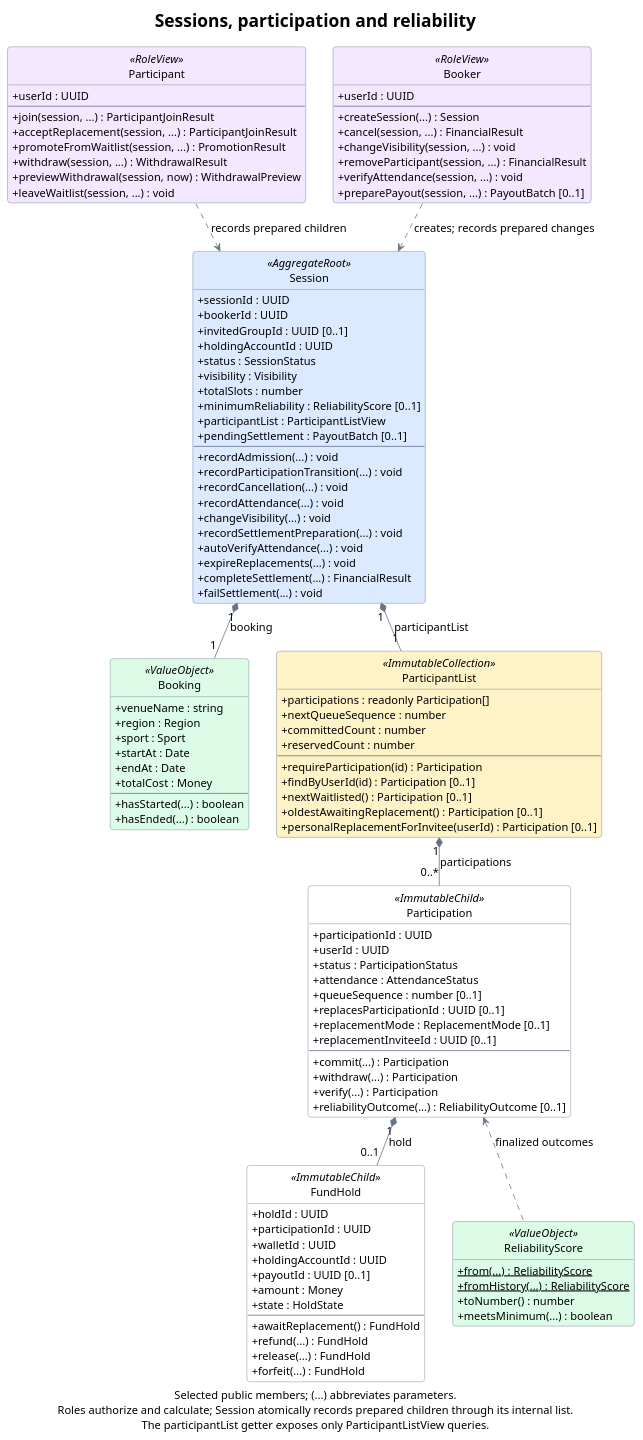
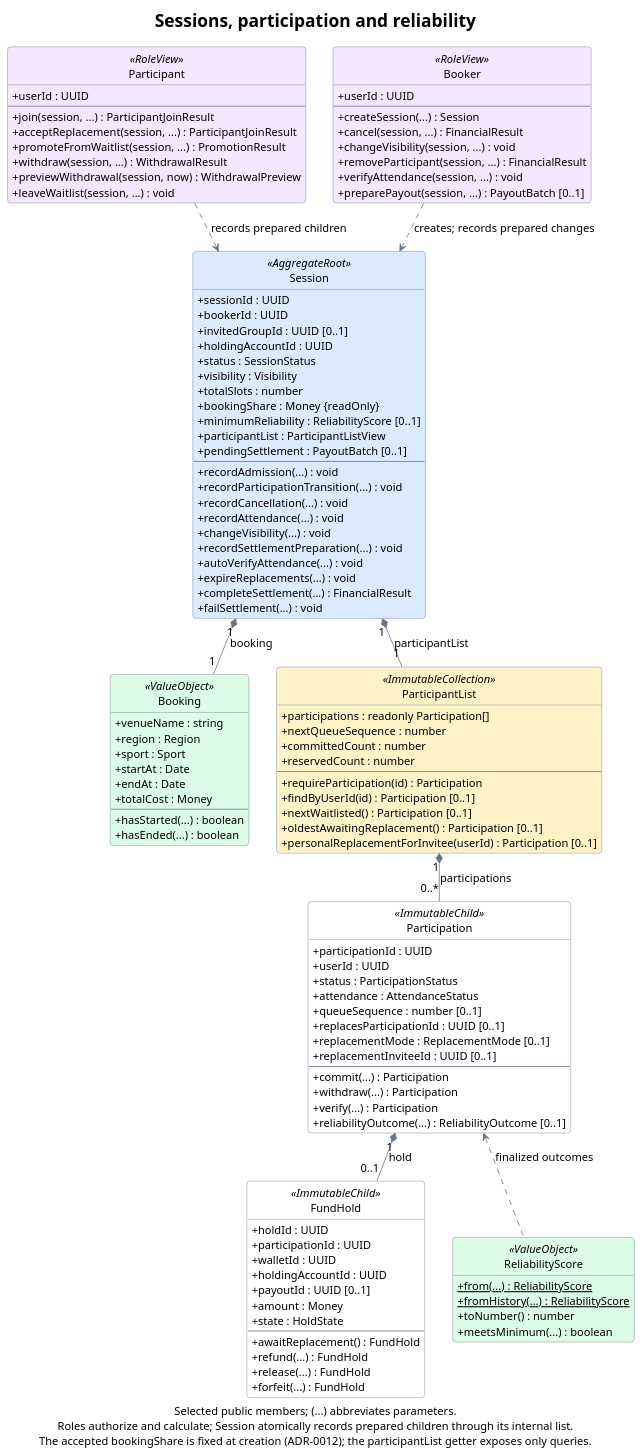
The diagram in docs/diagrams/domain-sessions.puml (rbrishi15/booking-web-manager), drawn with PlantUML before and after one commit. The commit also changed 67 other files, not shown here.

```diff
--- a/docs/diagrams/domain-sessions.puml
+++ b/docs/diagrams/domain-sessions.puml
@@ -1,145 +1,146 @@
 @startuml domain-sessions
 title Sessions, participation and reliability
 
 top to bottom direction
 hide empty members
 hide circle
 skinparam backgroundColor #FFFFFF
 skinparam shadowing false
 skinparam roundcorner 8
 skinparam defaultFontName SansSerif
 skinparam defaultFontSize 14
 skinparam titleFontSize 22
 skinparam ArrowColor #64748B
 skinparam classBorderColor #64748B
 skinparam classBackgroundColor #FFFFFF
 skinparam classBackgroundColor<<AggregateRoot>> #DBEAFE
 skinparam classBackgroundColor<<ValueObject>> #DCFCE7
 skinparam classBackgroundColor<<RoleView>> #F3E8FF
 skinparam classBackgroundColor<<ImmutableCollection>> #FEF3C7
 skinparam classAttributeIconSize 0
 skinparam linetype polyline
 skinparam nodesep 35
 skinparam ranksep 40
 
 class Session <<AggregateRoot>> {
   +sessionId : UUID
   +bookerId : UUID
   +invitedGroupId : UUID [0..1]
   +holdingAccountId : UUID
   +status : SessionStatus
   +visibility : Visibility
   +totalSlots : number
+  +bookingShare : Money {readOnly}
   +minimumReliability : ReliabilityScore [0..1]
   +participantList : ParticipantListView
   +pendingSettlement : PayoutBatch [0..1]
   --
   +recordAdmission(...) : void
   +recordParticipationTransition(...) : void
   +recordCancellation(...) : void
   +recordAttendance(...) : void
   +changeVisibility(...) : void
   +recordSettlementPreparation(...) : void
   +autoVerifyAttendance(...) : void
   +expireReplacements(...) : void
   +completeSettlement(...) : FinancialResult
   +failSettlement(...) : void
 }
 
 class Participant <<RoleView>> {
   +userId : UUID
   --
   +join(session, ...) : ParticipantJoinResult
   +acceptReplacement(session, ...) : ParticipantJoinResult
   +promoteFromWaitlist(session, ...) : PromotionResult
   +withdraw(session, ...) : WithdrawalResult
   +previewWithdrawal(session, now) : WithdrawalPreview
   +leaveWaitlist(session, ...) : void
 }
 
 class Booker <<RoleView>> {
   +userId : UUID
   --
   +createSession(...) : Session
   +cancel(session, ...) : FinancialResult
   +changeVisibility(session, ...) : void
   +removeParticipant(session, ...) : FinancialResult
   +verifyAttendance(session, ...) : void
   +preparePayout(session, ...) : PayoutBatch [0..1]
 }
 
 class Booking <<ValueObject>> {
   +venueName : string
   +region : Region
   +sport : Sport
   +startAt : Date
   +endAt : Date
   +totalCost : Money
   --
   +hasStarted(...) : boolean
   +hasEnded(...) : boolean
 }
 
 class ParticipantList <<ImmutableCollection>> {
   +participations : readonly Participation[]
   +nextQueueSequence : number
   +committedCount : number
   +reservedCount : number
   --
   +requireParticipation(id) : Participation
   +findByUserId(id) : Participation [0..1]
   +nextWaitlisted() : Participation [0..1]
   +oldestAwaitingReplacement() : Participation [0..1]
   +personalReplacementForInvitee(userId) : Participation [0..1]
 }
 
 class Participation <<ImmutableChild>> {
   +participationId : UUID
   +userId : UUID
   +status : ParticipationStatus
   +attendance : AttendanceStatus
   +queueSequence : number [0..1]
   +replacesParticipationId : UUID [0..1]
   +replacementMode : ReplacementMode [0..1]
   +replacementInviteeId : UUID [0..1]
   --
   +commit(...) : Participation
   +withdraw(...) : Participation
   +verify(...) : Participation
   +reliabilityOutcome(...) : ReliabilityOutcome [0..1]
 }
 
 class FundHold <<ImmutableChild>> {
   +holdId : UUID
   +participationId : UUID
   +walletId : UUID
   +holdingAccountId : UUID
   +payoutId : UUID [0..1]
   +amount : Money
   +state : HoldState
   --
   +awaitReplacement() : FundHold
   +refund(...) : FundHold
   +release(...) : FundHold
   +forfeit(...) : FundHold
 }
 
 class ReliabilityScore <<ValueObject>> {
   {static} +from(...) : ReliabilityScore
   {static} +fromHistory(...) : ReliabilityScore
   +toNumber() : number
   +meetsMinimum(...) : boolean
 }
 
 Session "1" *-down- "1" Booking : booking
 Participant .down.> Session : records prepared children
 Booker .down.> Session : creates; records prepared changes
 Session "1" *-down- "1" ParticipantList : participantList
 ParticipantList "1" *-down- "0..*" Participation : participations
 Participation "1" *-down- "0..1" FundHold : hold
 ReliabilityScore .up.> Participation : finalized outcomes
 Booking -[hidden]right- ParticipantList
 FundHold -[hidden]right- ReliabilityScore
 
-caption Selected public members; (...) abbreviates parameters.\nRoles authorize and calculate; Session atomically records prepared children through its internal list.\nThe participantList getter exposes only ParticipantListView queries.
+caption Selected public members; (...) abbreviates parameters.\nRoles authorize and calculate; Session atomically records prepared children through its internal list.\nThe accepted bookingShare is fixed at creation (ADR-0012); the participantList getter exposes only queries.
 @enduml
```
